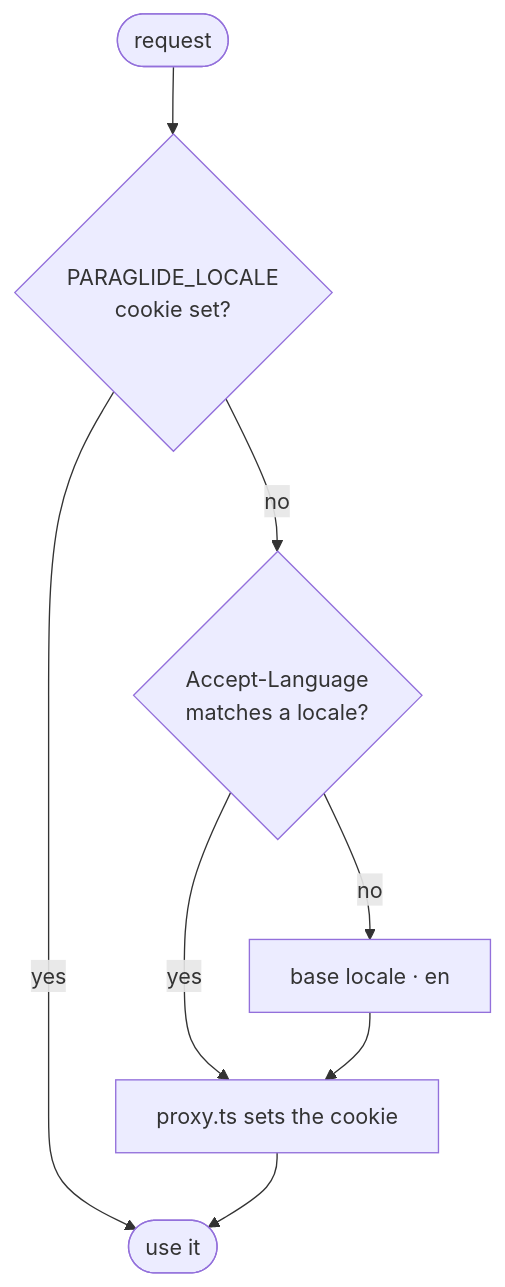
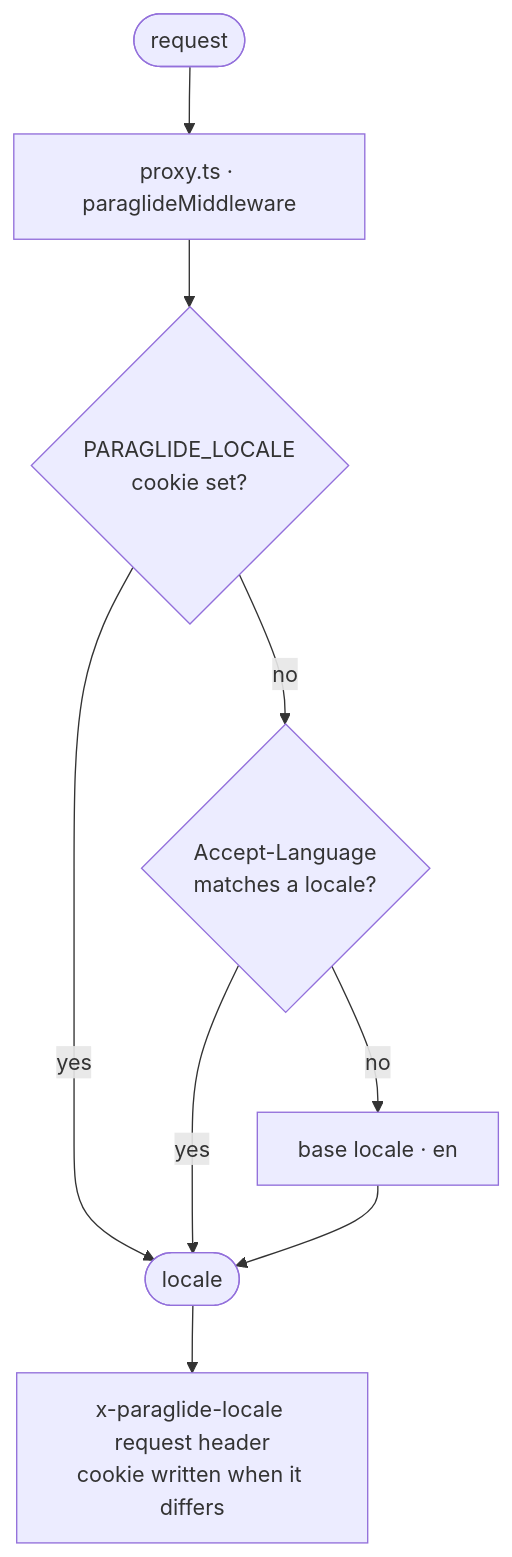
The second of 2 diagrams in docs/i18n.md (toraaoo/fullstack-monorepo), drawn with Mermaid before and after one commit. The commit also changed other lines of this file and 16 other files, not shown here.

Commit message:
refactor(web): resolve locale via paraglide middleware

````diff
--- a/docs/i18n.md
+++ b/docs/i18n.md
@@ -44,10 +44,11 @@
 ```mermaid
 flowchart TD
-    R([request]) --> C{"PARAGLIDE_LOCALE<br/>cookie set?"}
-    C -->|yes| USE([use it])
+    R([request]) --> PX["proxy.ts · paraglideMiddleware"]
+    PX --> C{"PARAGLIDE_LOCALE<br/>cookie set?"}
+    C -->|yes| USE([locale])
     C -->|no| AL{"Accept-Language<br/>matches a locale?"}
-    AL -->|yes| SET["proxy.ts sets the cookie"]
+    AL -->|yes| USE
     AL -->|no| BASE["base locale · en"]
-    SET --> USE
-    BASE --> SET
+    BASE --> USE
+    USE --> H["x-paraglide-locale request header<br/>cookie written when it differs"]
 ```
````
